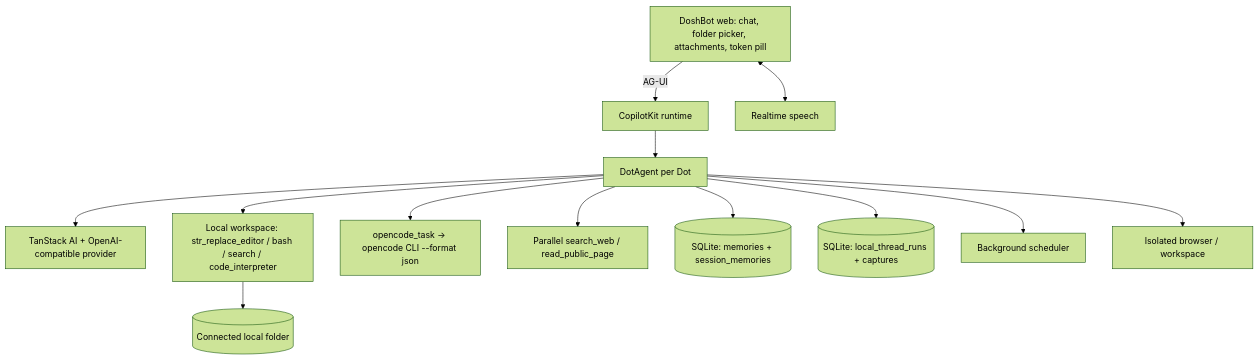
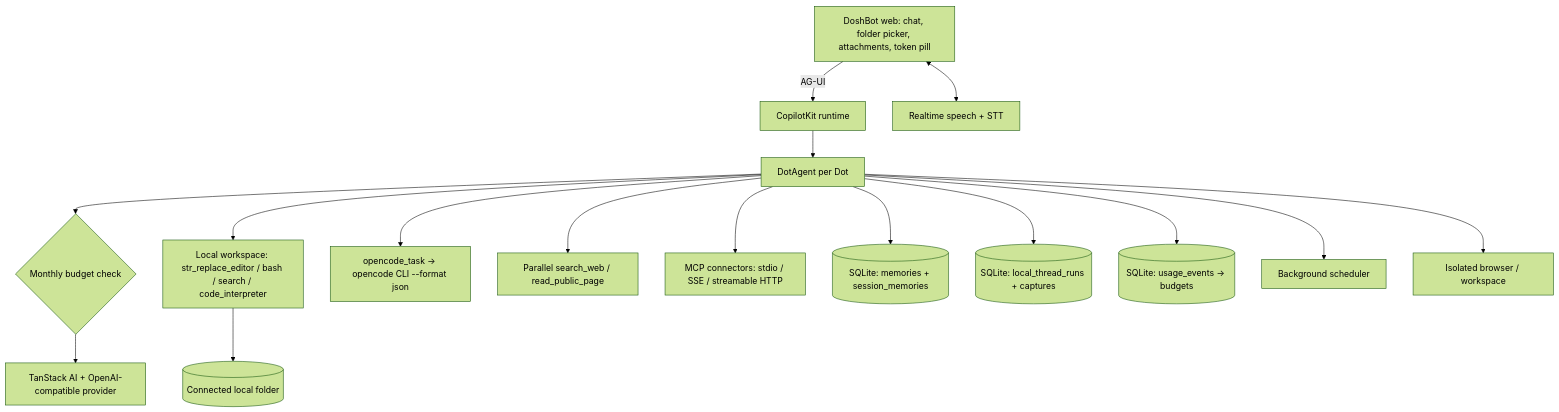
The diagram in README.md (asish231/DoshBot), drawn with Mermaid (forest theme) before and after one commit. The commit also changed other lines of this file and 57 other files, not shown here.

````diff
--- a/README.md
+++ b/README.md
@@ -80,15 +85,18 @@
 ```mermaid
 flowchart TB
   Web["DoshBot web: chat, folder picker, attachments, token pill"] -->|AG-UI| Runtime[CopilotKit runtime]
   Runtime --> Agents[DotAgent per Dot]
-  Agents --> AI[TanStack AI + OpenAI-compatible provider]
+  Agents --> Budget{Monthly budget check}
+  Budget --> AI[TanStack AI + OpenAI-compatible provider]
   Agents --> Code[Local workspace: str_replace_editor / bash / search / code_interpreter]
   Code --> FS[(Connected local folder)]
   Agents --> OpenCode[opencode_task -> opencode CLI --format json]
   Agents --> Research[Parallel search_web / read_public_page]
+  Agents --> MCP[MCP connectors: stdio / SSE / streamable HTTP]
   Agents --> Mem[(SQLite: memories + session_memories)]
   Agents --> Cache[(SQLite: local_thread_runs + captures)]
+  Agents --> Usage[(SQLite: usage_events -> budgets)]
   Agents --> Jobs[Background scheduler]
   Agents --> Computer[Isolated browser / workspace]
-  Web <--> Speech[Realtime speech]
+  Web <--> Speech[Realtime speech + STT]
 ```
````
